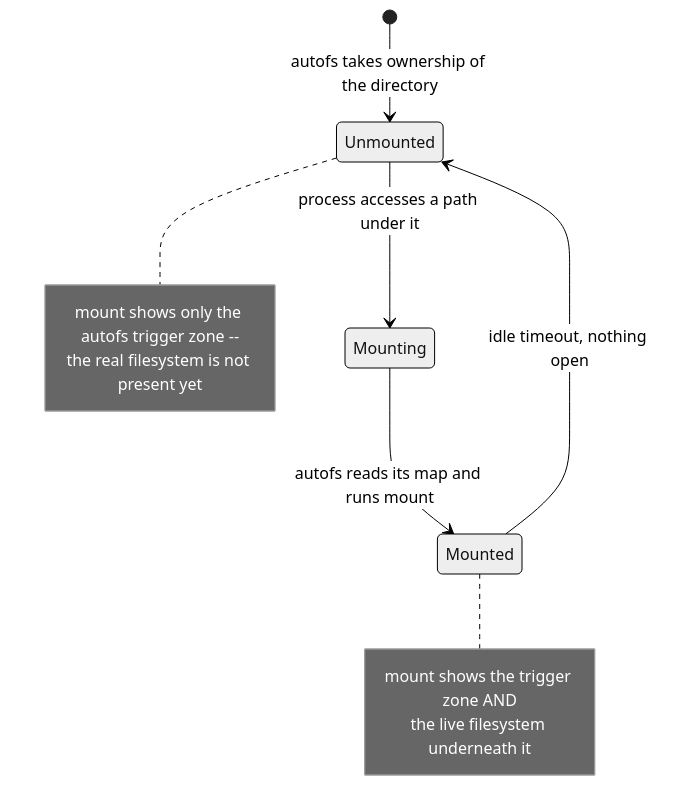
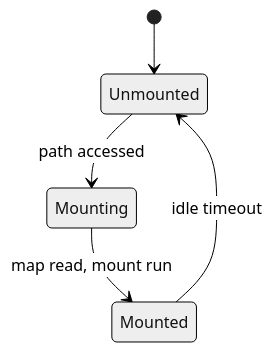
The second of 2 diagrams in sections/section-050/module-01/course-01-mechanism-and-enabling.md (astrona-io/ATS004), drawn with Mermaid (neutral theme) before and after one commit. The commit also changed other lines of this file and 287 other files, not shown here.

````diff
--- a/sections/section-050/module-01/course-01-mechanism-and-enabling.md
+++ b/sections/section-050/module-01/course-01-mechanism-and-enabling.md
@@ -29,17 +29,7 @@
 ```mermaid
 stateDiagram-v2
-    [*] --> Unmounted: autofs takes ownership of the directory
-    Unmounted --> Mounting: process accesses a path under it
-    Mounting --> Mounted: autofs reads its map and runs mount
-    Mounted --> Unmounted: idle timeout, nothing open
-
-    note right of Unmounted
-        mount shows only the autofs trigger zone --
-        the real filesystem is not present yet
-    end note
-
-    note right of Mounted
-        mount shows the trigger zone AND
-        the live filesystem underneath it
-    end note
+    [*] --> Unmounted
+    Unmounted --> Mounting: path accessed
+    Mounting --> Mounted: map read, mount run
+    Mounted --> Unmounted: idle timeout
 ```
````
